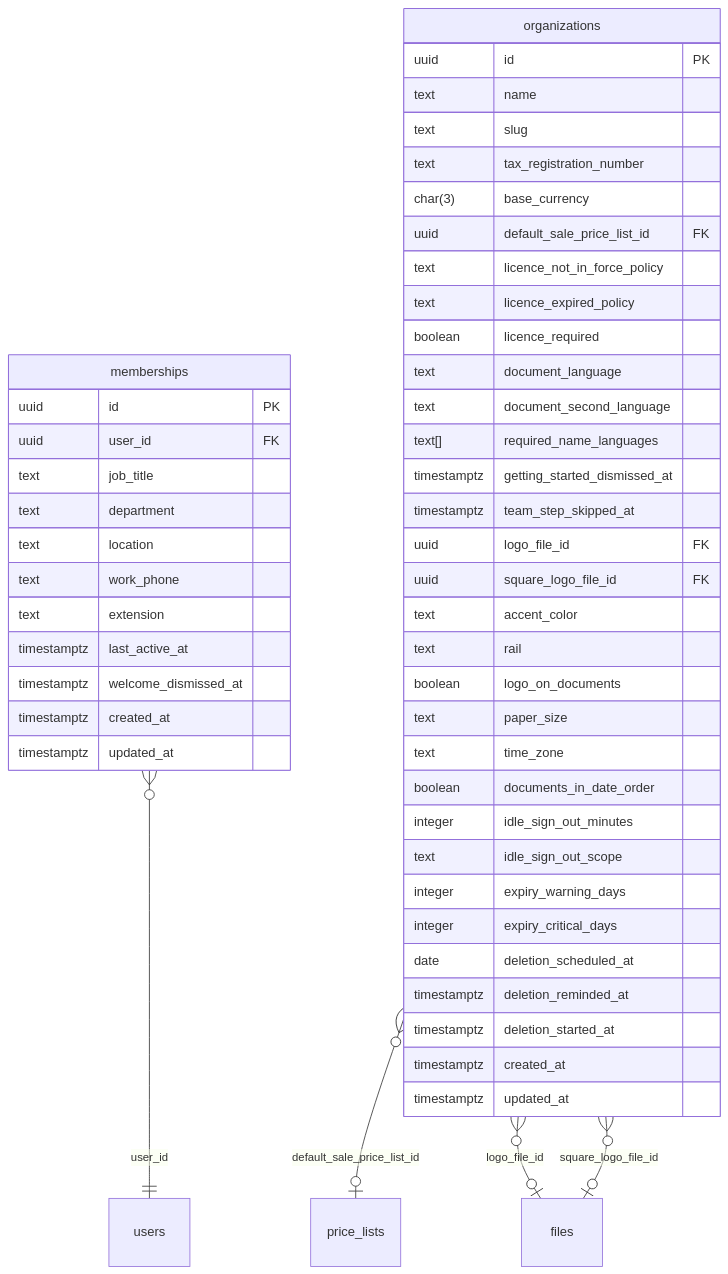
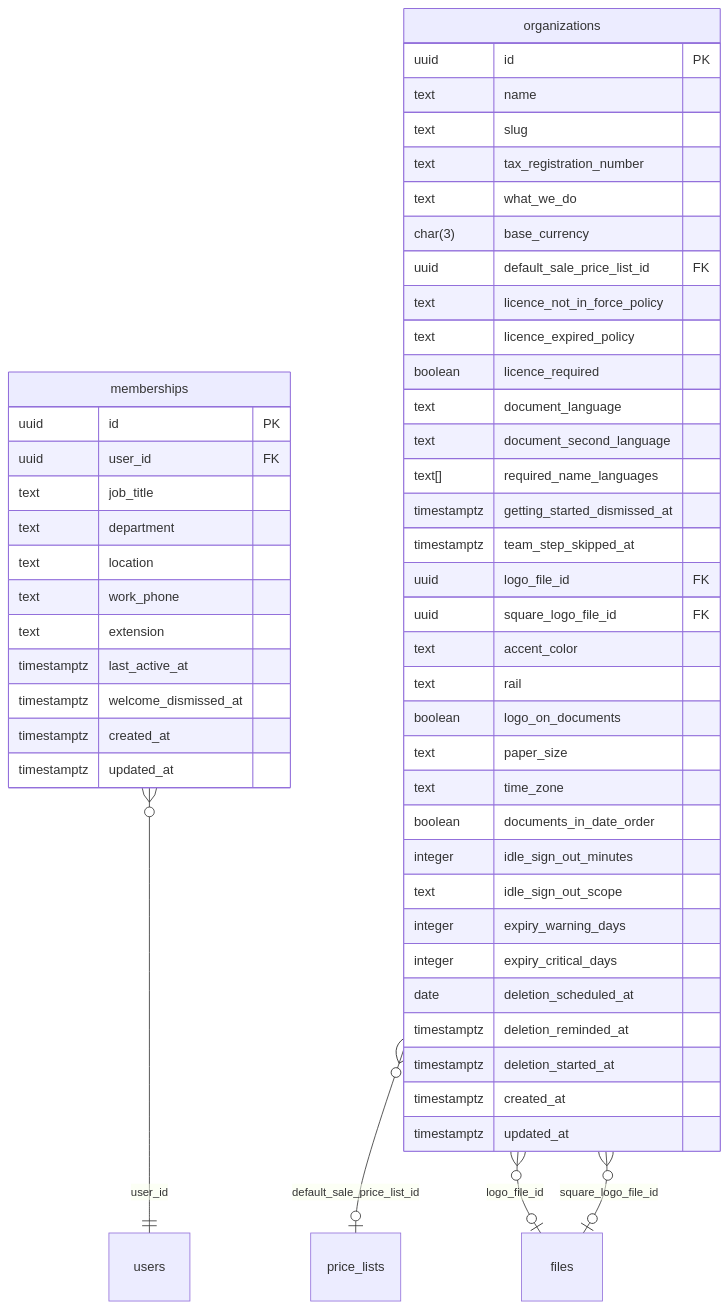
Before and after one commit to Zhenzhong-Zhou/web-app-foundation: the diagram in docs/tables/organizations.md, drawn with Mermaid. The commit also changed 28 other files, not shown here.

````diff
--- a/docs/tables/organizations.md
+++ b/docs/tables/organizations.md
@@ -7,53 +7,54 @@
 ```mermaid
 erDiagram
   memberships {
     uuid id PK
     uuid user_id FK
     text job_title
     text department
     text location
     text work_phone
     text extension
     timestamptz last_active_at
     timestamptz welcome_dismissed_at
     timestamptz created_at
     timestamptz updated_at
   }
   organizations {
     uuid id PK
     text name
     text slug
     text tax_registration_number
+    text what_we_do
     char(3) base_currency
     uuid default_sale_price_list_id FK
     text licence_not_in_force_policy
     text licence_expired_policy
     boolean licence_required
     text document_language
     text document_second_language
     text[] required_name_languages
     timestamptz getting_started_dismissed_at
     timestamptz team_step_skipped_at
     uuid logo_file_id FK
     uuid square_logo_file_id FK
     text accent_color
     text rail
     boolean logo_on_documents
     text paper_size
     text time_zone
     boolean documents_in_date_order
     integer idle_sign_out_minutes
     text idle_sign_out_scope
     integer expiry_warning_days
     integer expiry_critical_days
     date deletion_scheduled_at
     timestamptz deletion_reminded_at
     timestamptz deletion_started_at
     timestamptz created_at
     timestamptz updated_at
   }
   memberships }o--|| users : "user_id"
   organizations }o--o| price_lists : "default_sale_price_list_id"
   organizations }o--o| files : "logo_file_id"
   organizations }o--o| files : "square_logo_file_id"
 ```
````
